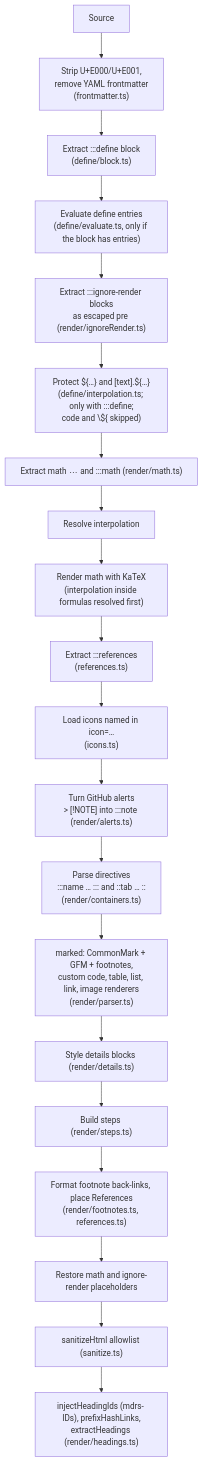
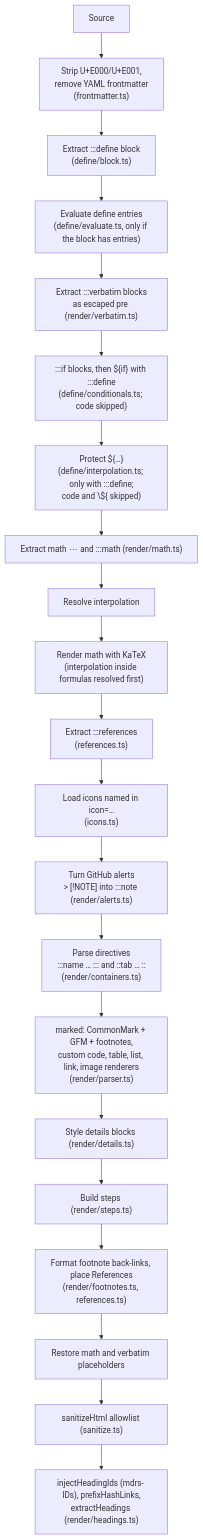
Before and after one commit to farhnkrnapratma/idstead: the diagram in docs/008-mdrs/003-reference/002-rendering-pipeline.md, drawn with Mermaid. The commit also changed other lines of this file and 16 other files, not shown here.

First line of the commit message:
docs(mdrs): document conditionals, strings, the ternary and :::verbatim

````diff
--- a/docs/008-mdrs/003-reference/002-rendering-pipeline.md
+++ b/docs/008-mdrs/003-reference/002-rendering-pipeline.md
@@ -9,22 +9,23 @@
 ```mermaid
 flowchart TD
     A[Source] --> A1["Strip U+E000/U+E001,<br/>remove YAML frontmatter<br/>(frontmatter.ts)"]
     A1 --> B["Extract :::define block<br/>(define/block.ts)"]
     B --> C["Evaluate define entries<br/>(define/evaluate.ts, only if the block has entries)"]
-    C --> D["Extract :::ignore-render blocks<br/>as escaped pre (render/ignoreRender.ts)"]
-    D --> E["Protect ${…} and [text].${…}<br/>(define/interpolation.ts; only with :::define;<br/>code and \${ skipped)"]
+    C --> D["Extract :::verbatim blocks<br/>as escaped pre (render/verbatim.ts)"]
+    D --> D1[":::if blocks, then ${if} with :::define<br/>(define/conditionals.ts; code skipped)"]
+    D1 --> E["Protect ${…}<br/>(define/interpolation.ts; only with :::define;<br/>code and \${ skipped)"]
     E --> F["Extract math<br/>$$ … $$ and :::math (render/math.ts)"]
     F --> G[Resolve interpolation]
     G --> H["Render math with KaTeX<br/>(interpolation inside formulas resolved first)"]
     H --> I["Extract :::references<br/>(references.ts)"]
     I --> J["Load icons named in icon=…<br/>(icons.ts)"]
     J --> J1["Turn GitHub alerts<br/>> [!NOTE] into :::note (render/alerts.ts)"]
     J1 --> K["Parse directives<br/>:::name … ::: and ::tab … ::<br/>(render/containers.ts)"]
     K --> L["marked: CommonMark + GFM + footnotes,<br/>custom code, table, list, link, image renderers<br/>(render/parser.ts)"]
     L --> M["Style details blocks (render/details.ts)"]
     M --> N["Build steps (render/steps.ts)"]
     N --> O["Format footnote back-links, place References<br/>(render/footnotes.ts, references.ts)"]
-    O --> P[Restore math and ignore-render placeholders]
+    O --> P[Restore math and verbatim placeholders]
     P --> Q["sanitizeHtml allowlist (sanitize.ts)"]
     Q --> R["injectHeadingIds (mdrs- IDs), prefixHashLinks,<br/>extractHeadings (render/headings.ts)"]
 ```
````
